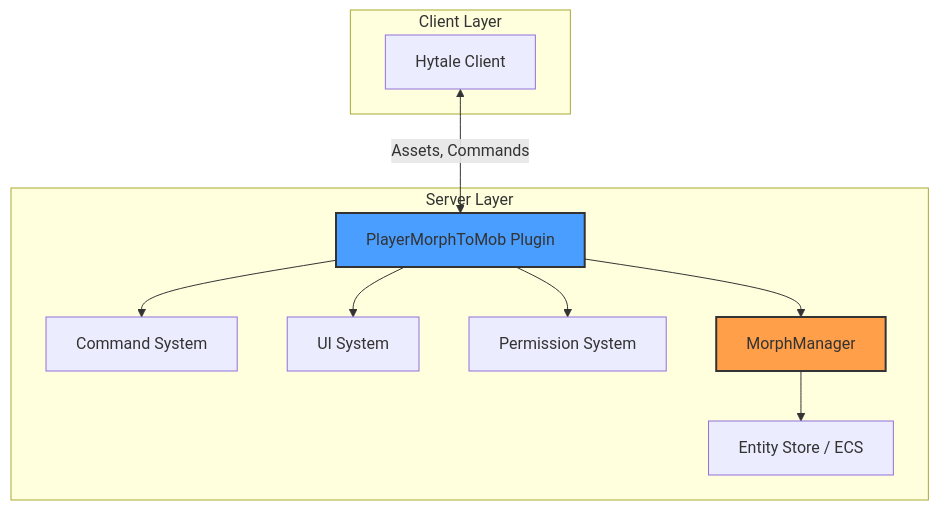
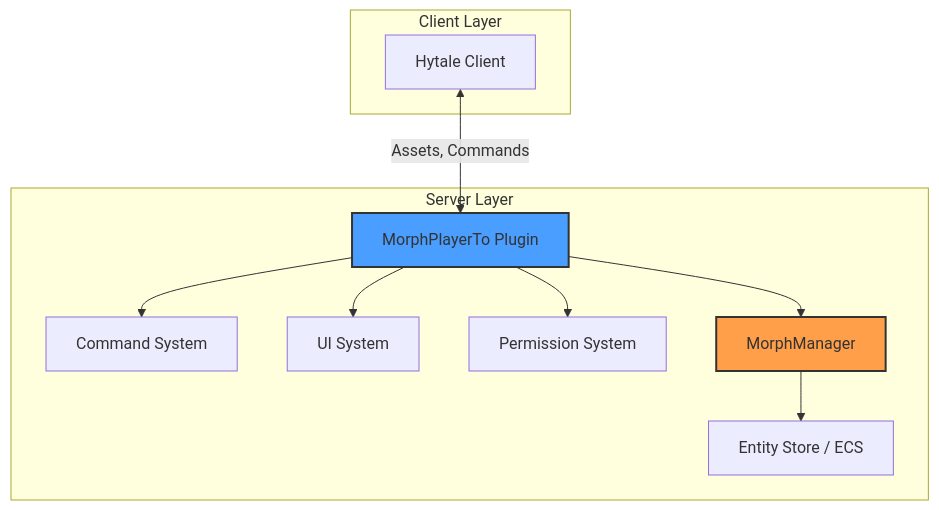
The first of 10 diagrams in .claude/docs/architecture.md (gorduan/Heytale-PlayerMorph), drawn with Mermaid before and after one commit. The commit also changed other lines of this file and 25 other files, not shown here.

First line of the commit message:
refactor!: rename project from PlayerMorphToMob to MorphPlayerTo

````diff
--- a/.claude/docs/architecture.md
+++ b/.claude/docs/architecture.md
@@ -5,25 +5,25 @@
 ```mermaid
 graph TB
     subgraph "Client Layer"
         Client[Hytale Client]
     end
 
     subgraph "Server Layer"
-        Plugin[PlayerMorphToMob Plugin]
+        Plugin[MorphPlayerTo Plugin]
         CommandSystem[Command System]
         UISystem[UI System]
         PermSystem[Permission System]
         MorphManager[MorphManager]
         EntityStore[Entity Store / ECS]
     end
 
     Client <-->|"Assets, Commands"| Plugin
     Plugin --> CommandSystem
     Plugin --> UISystem
     Plugin --> PermSystem
     Plugin --> MorphManager
     MorphManager --> EntityStore
 
     style Plugin fill:#4a9eff,stroke:#333,stroke-width:2px
     style MorphManager fill:#ff9f4a,stroke:#333,stroke-width:2px
 ```
````
